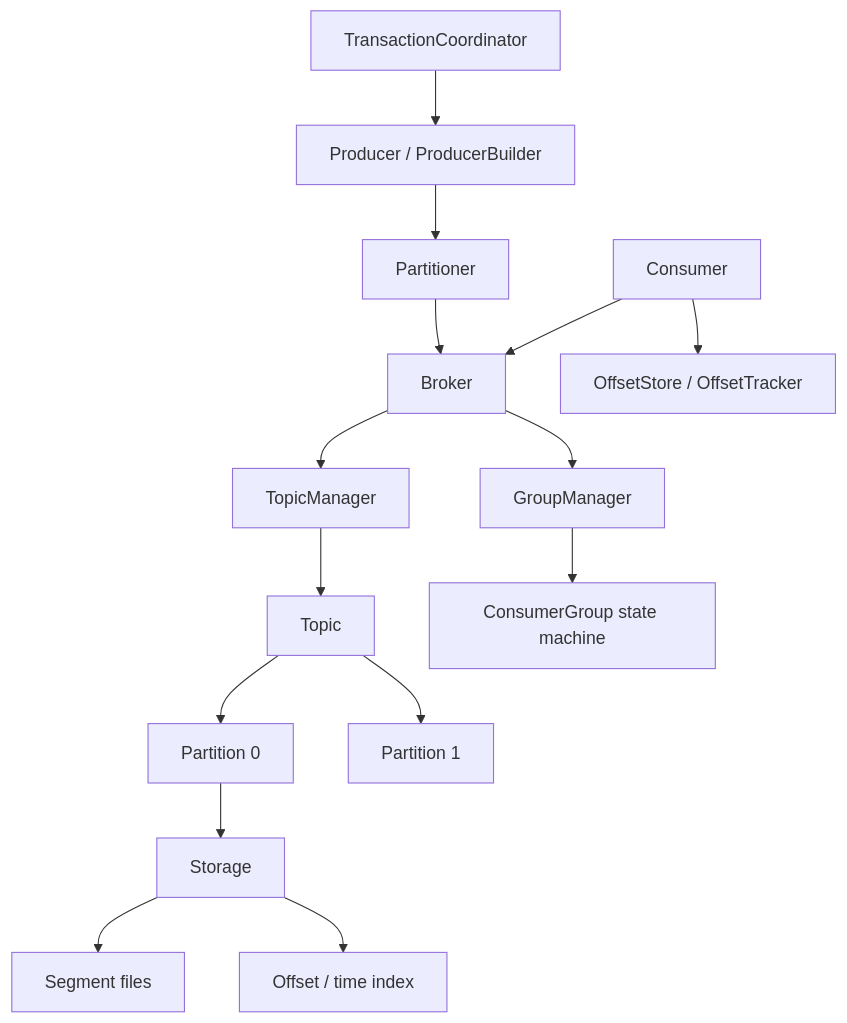
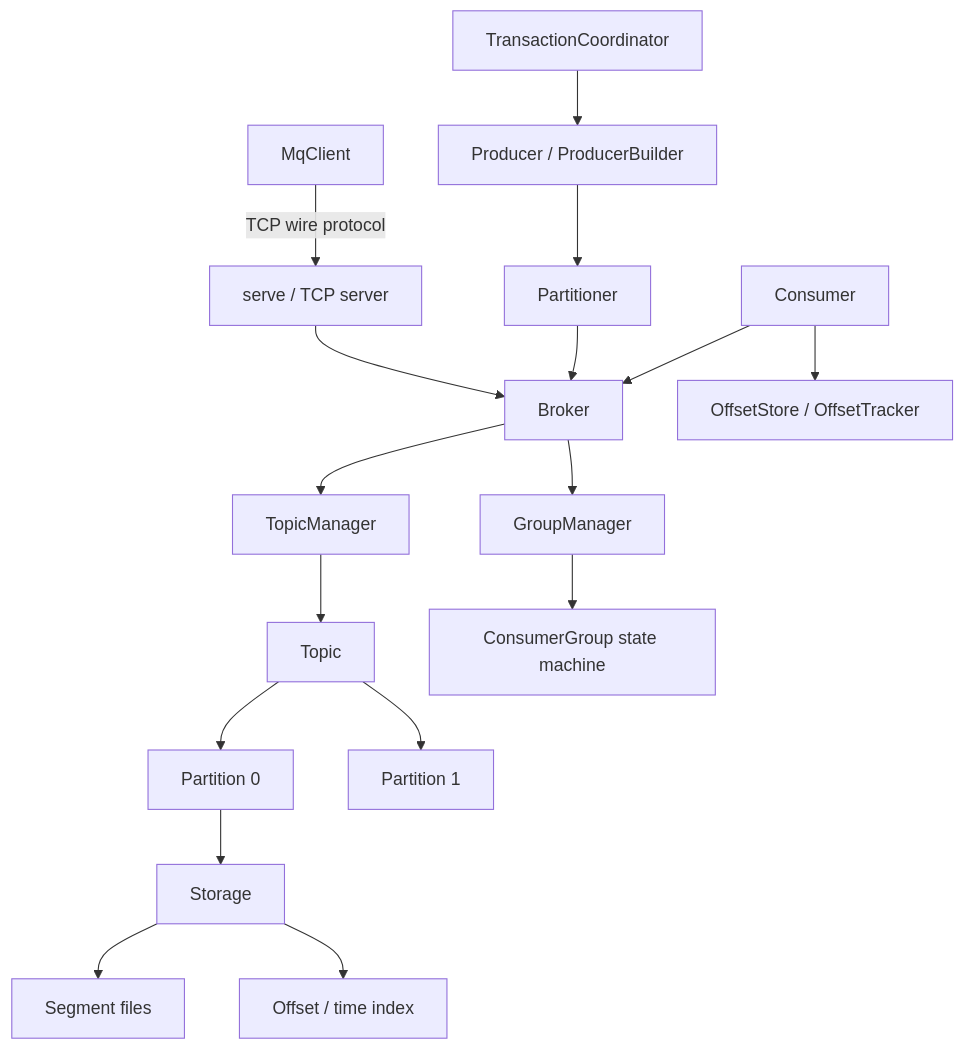
Before and after one commit to jchu0/applied-cs-projects: the diagram in 51-message-queue/README.md, drawn with Mermaid. The commit also changed other lines of this file and 8 other files, not shown here.

````diff
--- a/51-message-queue/README.md
+++ b/51-message-queue/README.md
@@ -35,17 +38,19 @@
 ```mermaid
 flowchart TD
+    CLIENT[MqClient] -->|TCP wire protocol| SERVER[serve / TCP server]
+    SERVER --> BROKER
     PROD[Producer / ProducerBuilder] --> PART[Partitioner]
     PART --> BROKER[Broker]
     BROKER --> TM[TopicManager]
     TM --> TOPIC[Topic]
     TOPIC --> P0[Partition 0]
     TOPIC --> P1[Partition 1]
     P0 --> STORE[Storage]
     STORE --> SEG[Segment files]
     STORE --> IDX[Offset / time index]
     BROKER --> GM[GroupManager]
     GM --> CG[ConsumerGroup state machine]
     CONS[Consumer] --> BROKER
     CONS --> OFF[OffsetStore / OffsetTracker]
     TXN[TransactionCoordinator] --> PROD
 ```
````
